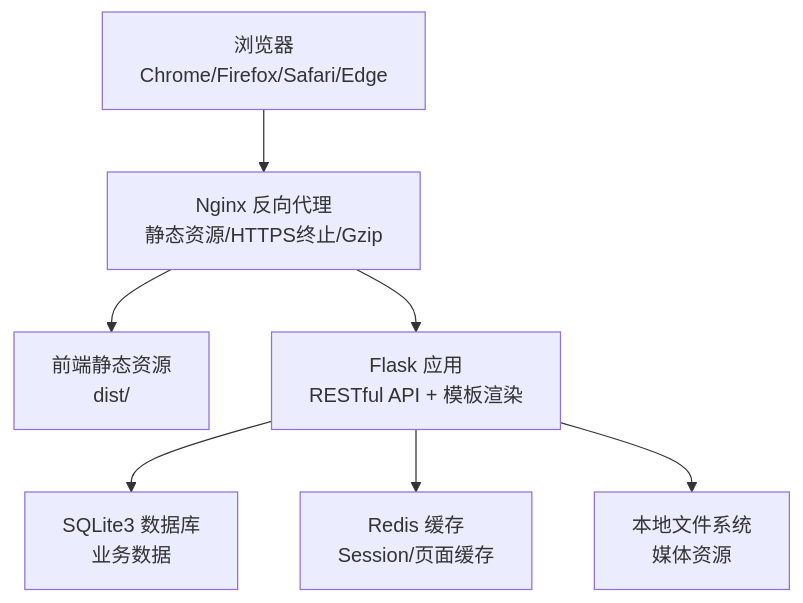
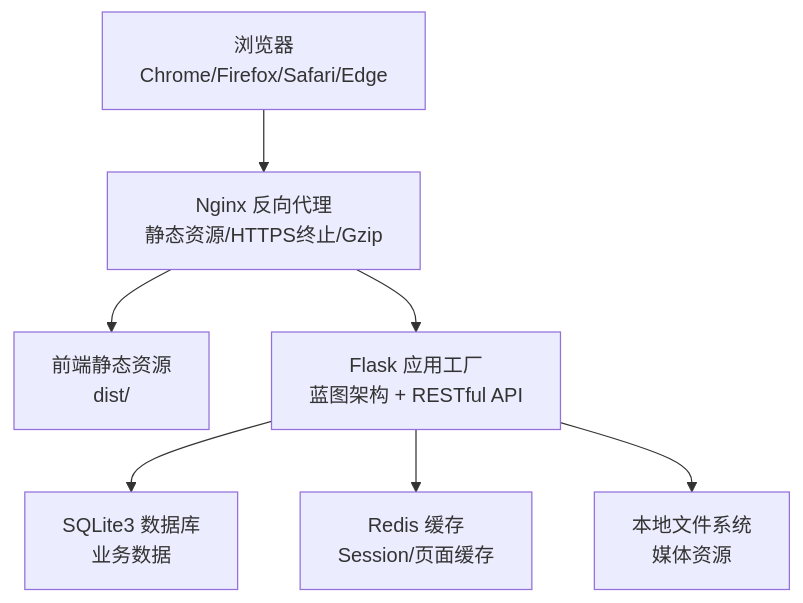
One commit to wyg5208/website_diy changed the first of 6 diagrams in .qoder/repowiki/zh/content/技术架构设计/技术架构设计.md. Above: the diagram before and after it, drawn with Mermaid. The commit also changed other lines of this file and 43 other files, not shown here.

````diff
--- a/.qoder/repowiki/zh/content/技术架构设计/技术架构设计.md
+++ b/.qoder/repowiki/zh/content/技术架构设计/技术架构设计.md
@@ -31,9 +57,9 @@
 ```mermaid
 graph TB
 Browser["浏览器<br/>Chrome/Firefox/Safari/Edge"] --> Nginx["Nginx 反向代理<br/>静态资源/HTTPS终止/Gzip"]
 Nginx --> Frontend["前端静态资源<br/>dist/"]
-Nginx --> API["Flask 应用<br/>RESTful API + 模板渲染"]
+Nginx --> API["Flask 应用工厂<br/>蓝图架构 + RESTful API"]
 API --> DB["SQLite3 数据库<br/>业务数据"]
 API --> Redis["Redis 缓存<br/>Session/页面缓存"]
 API --> Media["本地文件系统<br/>媒体资源"]
 ```
````
